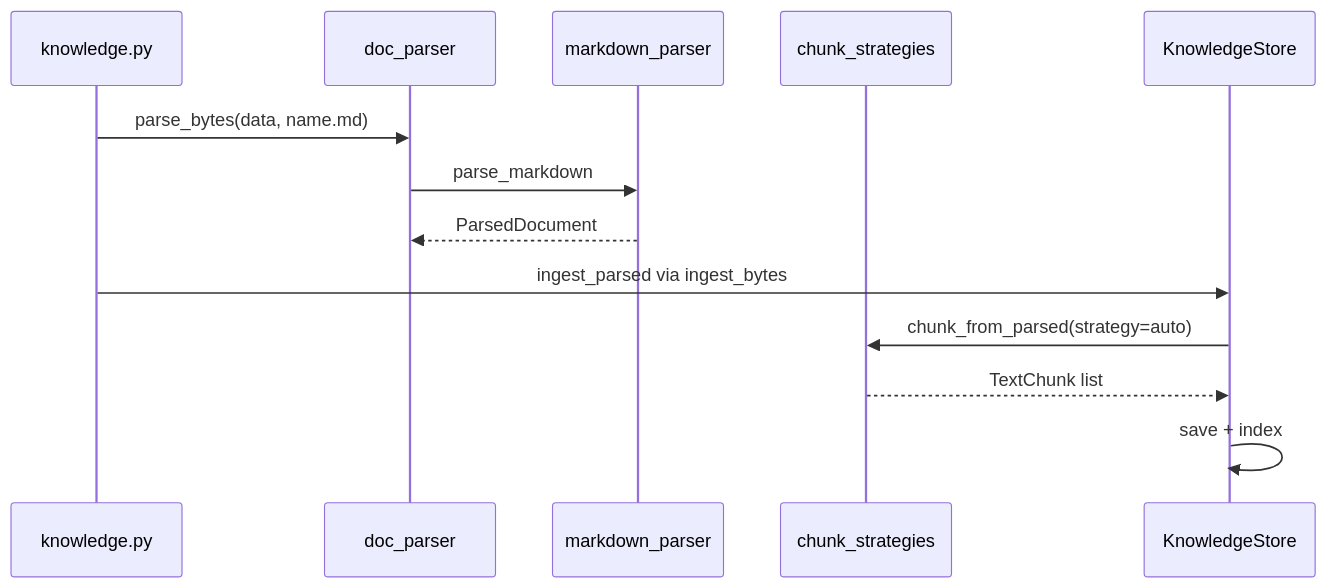
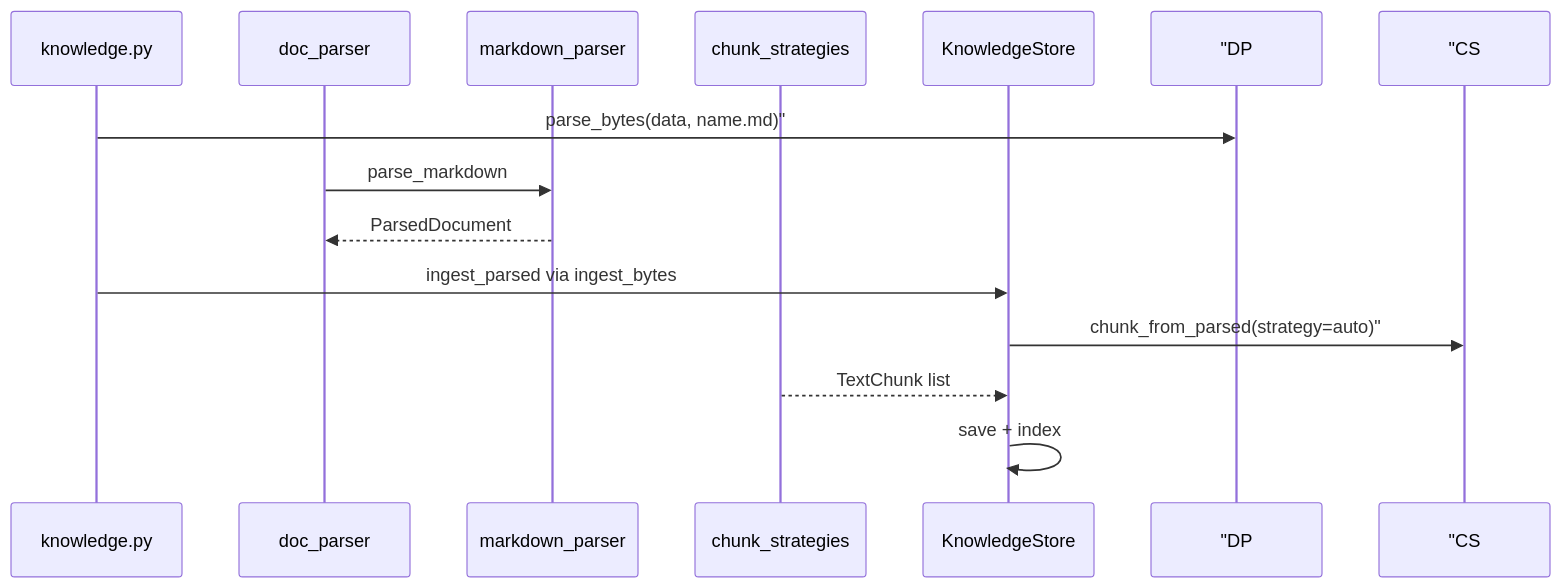
The first of 2 diagrams in course/day26/04_流程图与示意图.md (ab6539763/70_days_course_plus), drawn with Mermaid before and after one commit. The commit also changed other lines of this file and 128 other files, not shown here.

First line of the commit message:
fix(course): repair day31-37 diagrams, titles, and missing content

````diff
--- a/course/day26/04_流程图与示意图.md
+++ b/course/day26/04_流程图与示意图.md
@@ -3,16 +3,16 @@
 ```mermaid
 sequenceDiagram
     participant API as knowledge.py
     participant DP as doc_parser
     participant MP as markdown_parser
     participant CS as chunk_strategies
     participant KS as KnowledgeStore
 
-    API->>DP: parse_bytes(data, name.md)
+    API->> "DP: parse_bytes(data, name.md)"
     DP->>MP: parse_markdown
     MP-->>DP: ParsedDocument
     API->>KS: ingest_parsed via ingest_bytes
-    KS->>CS: chunk_from_parsed(strategy=auto)
+    KS->> "CS: chunk_from_parsed(strategy=auto)"
     CS-->>KS: TextChunk list
     KS->>KS: save + index
 ```
````
